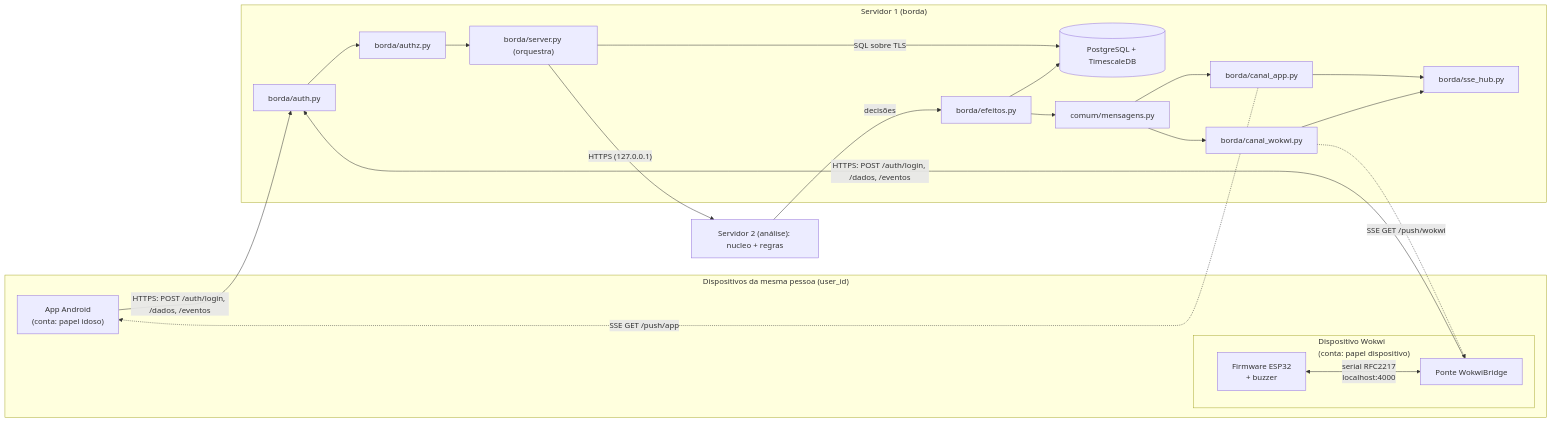
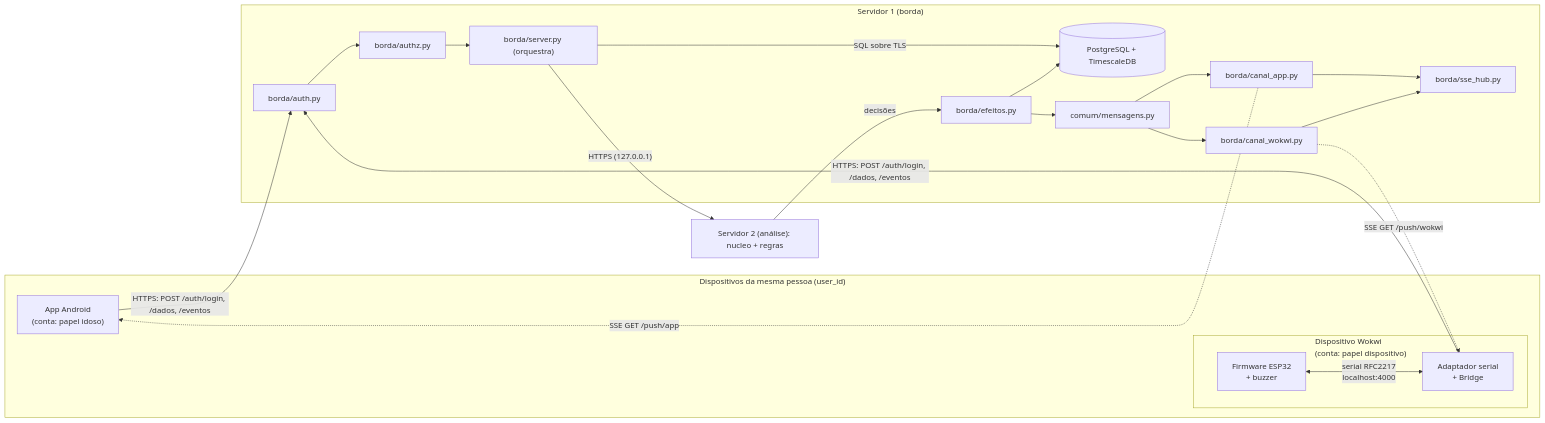
One commit to UFG-INF-SSU-2026/Flow changed the first of 5 diagrams in docs/arquitetura.md. Above: the diagram before and after it, drawn with Mermaid. The commit also changed other lines of this file and 34 other files, not shown here.

````diff
--- a/docs/arquitetura.md
+++ b/docs/arquitetura.md
@@ -100,38 +100,38 @@
 ```mermaid
 flowchart LR
     subgraph Disp["Dispositivos da mesma pessoa (user_id)"]
         APP["App Android<br/>(conta: papel idoso)"]
         subgraph WK["Dispositivo Wokwi<br/>(conta: papel dispositivo)"]
             ESP["Firmware ESP32<br/>+ buzzer"]
-            BR["Ponte WokwiBridge"]
+            BR["Adaptador serial<br/>+ Bridge"]
             ESP <-->|"serial RFC2217<br/>localhost:4000"| BR
         end
     end
 
     subgraph SRV["Servidor 1 (borda)"]
         AUTH["borda/auth.py"]
         AUTHZ["borda/authz.py"]
         SRVP["borda/server.py (orquestra)"]
         EF["borda/efeitos.py"]
         DB[("PostgreSQL + TimescaleDB")]
         MSG["comum/mensagens.py"]
         CA["borda/canal_app.py"]
         CW["borda/canal_wokwi.py"]
         HUB["borda/sse_hub.py"]
         CA --> HUB
         CW --> HUB
     end
 
     APP -->|"HTTPS: POST /auth/login, /dados, /eventos"| AUTH
     BR  -->|"HTTPS: POST /auth/login, /dados, /eventos"| AUTH
     AUTH --> AUTHZ --> SRVP
     SRVP -->|"HTTPS (127.0.0.1)"| RQ["Servidor 2 (análise): nucleo + regras"]
     RQ -->|"decisões"| EF
     SRVP -->|"SQL sobre TLS"| DB
     EF --> DB
     EF --> MSG
     MSG --> CA
     MSG --> CW
     CA -.->|"SSE GET /push/app"| APP
     CW -.->|"SSE GET /push/wokwi"| BR
 ```
````
